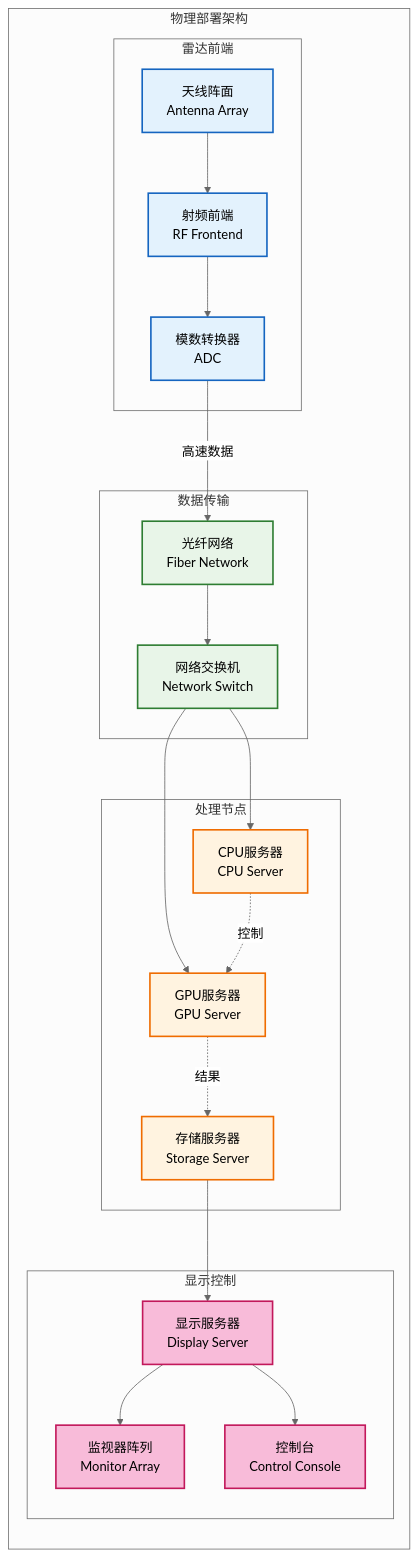
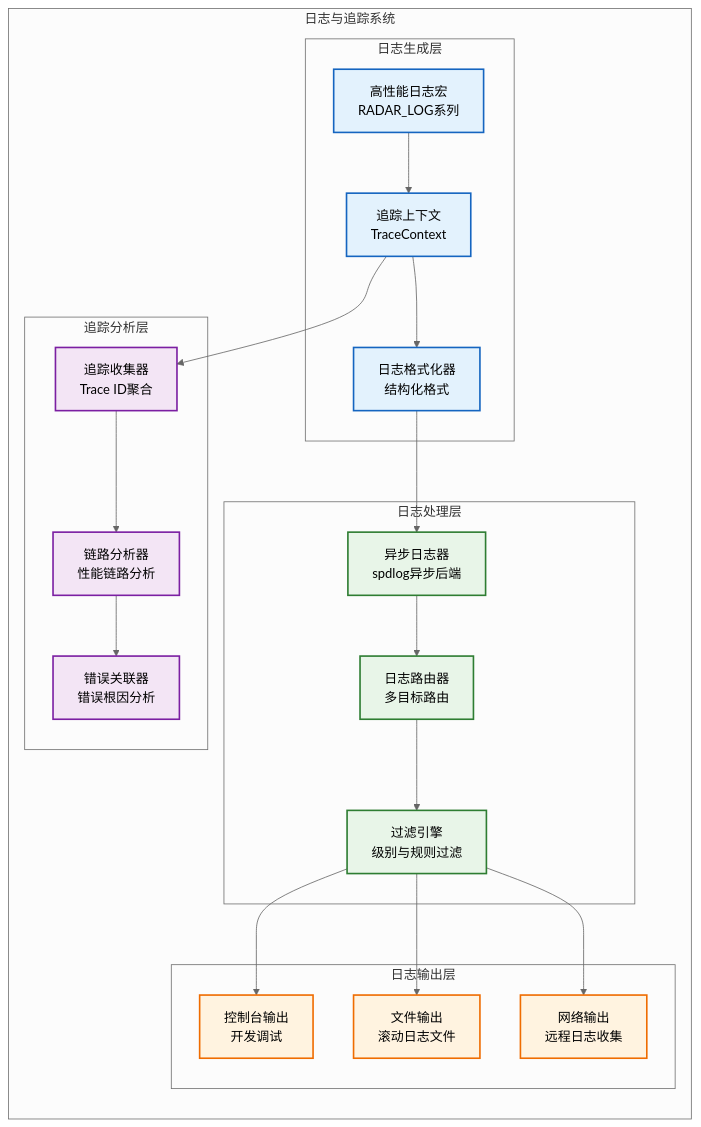
One commit to wendizhou99-cell/Radar changed diagram 15 of 26 in docs/01_项目设计/01_项目设计/03_系统架构总览.md. Above: the diagram before and after it, drawn with Mermaid (neutral theme). The commit also changed other lines of this file and 27 other files, not shown here.

````diff
--- a/docs/01_项目设计/01_项目设计/03_系统架构总览.md
+++ b/docs/01_项目设计/01_项目设计/03_系统架构总览.md
@@ -543,55 +956,57 @@
 ```mermaid
 graph TB
-    subgraph "物理部署架构"
+    subgraph "日志与追踪系统"
         direction TB
 
-        subgraph "雷达前端"
-            ANTENNA[天线阵面<br/>Antenna Array]
-            RF_FRONTEND[射频前端<br/>RF Frontend]
-            ADC[模数转换器<br/>ADC]
+        subgraph "日志生成层"
+            LOG_MACROS[高性能日志宏<br/>RADAR_LOG系列]
+            TRACE_CONTEXT[追踪上下文<br/>TraceContext]
+            LOG_FORMATTER[日志格式化器<br/>结构化格式]
         end
 
-        subgraph "数据传输"
-            FIBER_NETWORK[光纤网络<br/>Fiber Network]
-            NETWORK_SWITCH[网络交换机<br/>Network Switch]
+        subgraph "日志处理层"
+            ASYNC_LOGGER[异步日志器<br/>spdlog异步后端]
+            LOG_ROUTER[日志路由器<br/>多目标路由]
+            FILTER_ENGINE[过滤引擎<br/>级别与规则过滤]
         end
 
-        subgraph "处理节点"
-            CPU_SERVER[CPU服务器<br/>CPU Server]
-            GPU_SERVER[GPU服务器<br/>GPU Server]
-            STORAGE_SERVER[存储服务器<br/>Storage Server]
+        subgraph "日志输出层"
+            CONSOLE_SINK[控制台输出<br/>开发调试]
+            FILE_SINK[文件输出<br/>滚动日志文件]
+            NETWORK_SINK[网络输出<br/>远程日志收集]
         end
 
-        subgraph "显示控制"
-            DISPLAY_SERVER[显示服务器<br/>Display Server]
-            MONITOR_ARRAY[监视器阵列<br/>Monitor Array]
-            CONTROL_CONSOLE[控制台<br/>Control Console]
+        subgraph "追踪分析层"
+            TRACE_COLLECTOR[追踪收集器<br/>Trace ID聚合]
+            SPAN_ANALYZER[链路分析器<br/>性能链路分析]
+            ERROR_CORRELATOR[错误关联器<br/>错误根因分析]
         end
 
-        %% 连接关系
-        ANTENNA --> RF_FRONTEND
-        RF_FRONTEND --> ADC
-        ADC -->|高速数据| FIBER_NETWORK
+        %% 日志流程
+        LOG_MACROS --> TRACE_CONTEXT
+        TRACE_CONTEXT --> LOG_FORMATTER
+        LOG_FORMATTER --> ASYNC_LOGGER
 
-        FIBER_NETWORK --> NETWORK_SWITCH
-        NETWORK_SWITCH --> CPU_SERVER
-        NETWORK_SWITCH --> GPU_SERVER
+        ASYNC_LOGGER --> LOG_ROUTER
+        LOG_ROUTER --> FILTER_ENGINE
 
-        CPU_SERVER -.->|控制| GPU_SERVER
-        GPU_SERVER -.->|结果| STORAGE_SERVER
+        FILTER_ENGINE --> CONSOLE_SINK
+        FILTER_ENGINE --> FILE_SINK
+        FILTER_ENGINE --> NETWORK_SINK
 
-        STORAGE_SERVER --> DISPLAY_SERVER
-        DISPLAY_SERVER --> MONITOR_ARRAY
-        DISPLAY_SERVER --> CONTROL_CONSOLE
+        %% 追踪流程
+        TRACE_CONTEXT --> TRACE_COLLECTOR
+        TRACE_COLLECTOR --> SPAN_ANALYZER
+        SPAN_ANALYZER --> ERROR_CORRELATOR
     end
 
-    classDef frontend fill:#e3f2fd,stroke:#1565c0,stroke-width:2px
-    classDef network fill:#e8f5e8,stroke:#2e7d32,stroke-width:2px
-    classDef processing fill:#fff3e0,stroke:#ef6c00,stroke-width:2px
-    classDef display fill:#f8bbd9,stroke:#c2185b,stroke-width:2px
+    classDef generate fill:#e3f2fd,stroke:#1565c0,stroke-width:2px
+    classDef process fill:#e8f5e8,stroke:#2e7d32,stroke-width:2px
+    classDef output fill:#fff3e0,stroke:#ef6c00,stroke-width:2px
+    classDef trace fill:#f3e5f5,stroke:#7b1fa2,stroke-width:2px
 
-    class ANTENNA,RF_FRONTEND,ADC frontend
-    class FIBER_NETWORK,NETWORK_SWITCH network
-    class CPU_SERVER,GPU_SERVER,STORAGE_SERVER processing
-    class DISPLAY_SERVER,MONITOR_ARRAY,CONTROL_CONSOLE display
+    class LOG_MACROS,TRACE_CONTEXT,LOG_FORMATTER generate
+    class ASYNC_LOGGER,LOG_ROUTER,FILTER_ENGINE process
+    class CONSOLE_SINK,FILE_SINK,NETWORK_SINK output
+    class TRACE_COLLECTOR,SPAN_ANALYZER,ERROR_CORRELATOR trace
 ```
````
